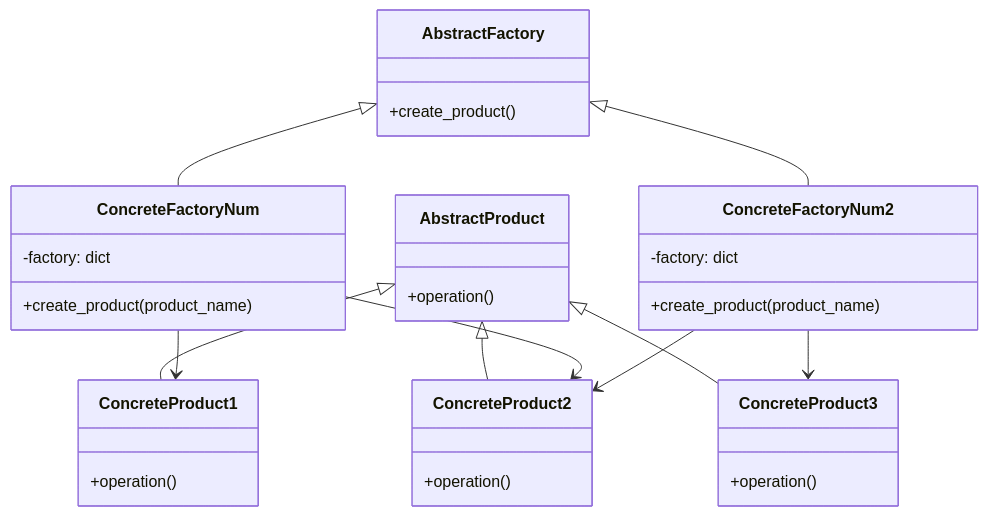
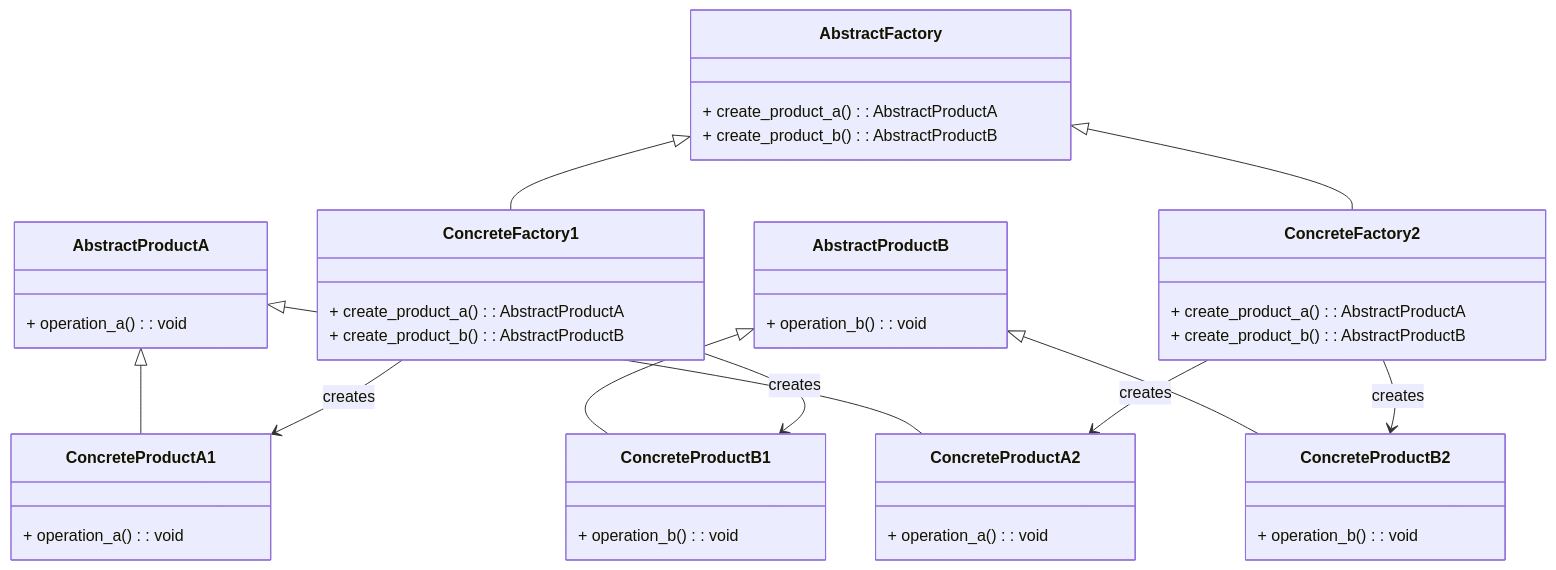
Before and after one commit to emmanuelbakare/Python-Design-Pattern: the diagram in 01- Creational DP/03- Abstract Factory/abstractFactory.md, drawn with Mermaid. The commit also changed 100 other files, not shown here.

Commit message:
Added UML diagram (Class, Sequence, graph-flowchart)

````diff
--- a/01- Creational DP/03- Abstract Factory/abstractFactory.md
+++ b/01- Creational DP/03- Abstract Factory/abstractFactory.md
@@ -1,45 +1,54 @@
 ```mermaid
 classDiagram
-    class AbstractProduct {
-        +operation()
+    class AbstractFactory {
+        + create_product_a(): AbstractProductA
+        + create_product_b(): AbstractProductB
     }
 
-    class ConcreteProduct1 {
-        +operation()
+    class AbstractProductA {
+        + operation_a(): void
     }
 
-    class ConcreteProduct2 {
-        +operation()
+    class AbstractProductB {
+        + operation_b(): void
     }
 
-    class ConcreteProduct3 {
-        +operation()
+    class ConcreteFactory1 {
+        + create_product_a(): AbstractProductA
+        + create_product_b(): AbstractProductB
     }
 
-    
-    class AbstractFactory {
-        +create_product()
+    class ConcreteFactory2 {
+        + create_product_a(): AbstractProductA
+        + create_product_b(): AbstractProductB
     }
 
-    class ConcreteFactoryNum {
-        -factory: dict
-        +create_product(product_name)
+    class ConcreteProductA1 {
+        + operation_a(): void
     }
 
-    class ConcreteFactoryNum2{
-        -factory: dict
-        +create_product(product_name)
+    class ConcreteProductA2 {
+        + operation_a(): void
     }
 
-    AbstractProduct <|-- ConcreteProduct1
-    AbstractProduct <|-- ConcreteProduct2
-    AbstractProduct <|-- ConcreteProduct3
-    AbstractFactory <|-- ConcreteFactoryNum
-    AbstractFactory <|-- ConcreteFactoryNum2
-    ConcreteFactoryNum --> ConcreteProduct1
-    ConcreteFactoryNum --> ConcreteProduct2
-    ConcreteFactoryNum2 --> ConcreteProduct2
-    ConcreteFactoryNum2--> ConcreteProduct3
-    
+    class ConcreteProductB1 {
+        + operation_b(): void
+    }
+
+    class ConcreteProductB2 {
+        + operation_b(): void
+    }
+
+    AbstractFactory <|-- ConcreteFactory1
+    AbstractFactory <|-- ConcreteFactory2
+    AbstractProductA <|-- ConcreteProductA1
+    AbstractProductA <|-- ConcreteProductA2
+    AbstractProductB <|-- ConcreteProductB1
+    AbstractProductB <|-- ConcreteProductB2
+    ConcreteFactory1 --> ConcreteProductA1: creates
+    ConcreteFactory1 --> ConcreteProductB1: creates
+    ConcreteFactory2 --> ConcreteProductA2: creates
+    ConcreteFactory2 --> ConcreteProductB2: creates
+
 
 ```
````
